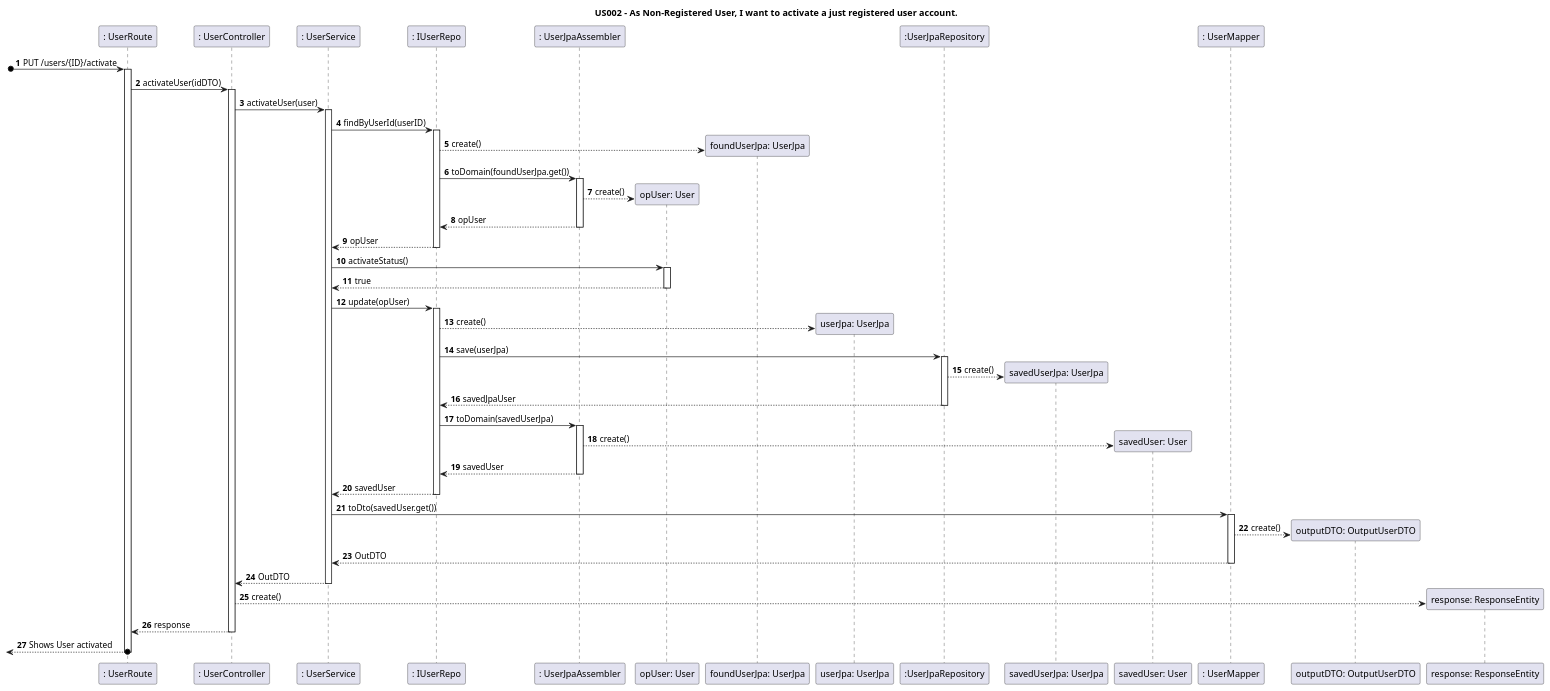
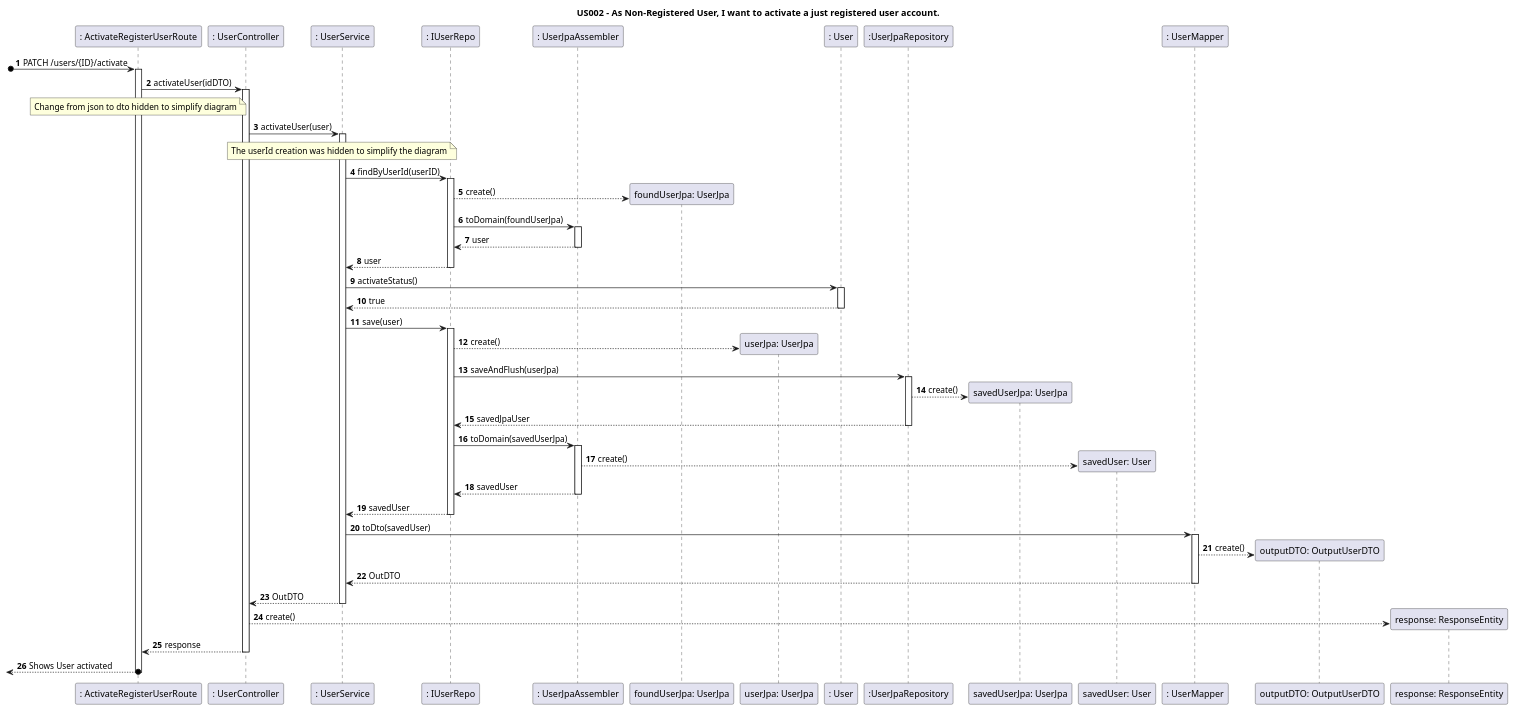
Before and after one commit to nunogon1211787/projectManagement: the diagram in docs/Sprint1/US002/US002-SD.puml, drawn with PlantUML. The commit also changed 23 other files, not shown here.

```diff
--- a/docs/Sprint1/US002/US002-SD.puml
+++ b/docs/Sprint1/US002/US002-SD.puml
@@ -1,53 +1,54 @@
 @startuml
 
 title US002 - As Non-Registered User, I want to activate a just registered user account.
 
 autoactivate on
 autonumber
 
-participant ": UserRoute" as UI
+participant ": ActivateRegisterUserRoute" as UI
 participant ": UserController" as Ctrl
 participant ": UserService" as Serv
 participant ": IUserRepo" as Repo
 participant ": UserJpaAssembler" as Assembler
-participant "opUser: User" as Optional
 participant "foundUserJpa: UserJpa" as FoundUser
 participant "userJpa: UserJpa" as UserJPA
+participant ": User" as user
 participant ":UserJpaRepository" as Driver
 participant "savedUserJpa: UserJpa" as SavedJpa
 participant "savedUser: User" as SavedUser
 participant ": UserMapper" as mapper
 participant "outputDTO: OutputUserDTO" as OutDTO
 participant "response: ResponseEntity" as json
 
-[o-> UI:  PUT /users/{ID}/activate
+[o-> UI:  PATCH /users/{ID}/activate
 UI -> Ctrl: activateUser(idDTO)
+note over UI: Change from json to dto hidden to simplify diagram
 Ctrl -> Serv: activateUser(user)
+note over Serv: The userId creation was hidden to simplify the diagram
 Serv -> Repo: findByUserId(userID)
 Repo --> FoundUser**: create()
-Repo -> Assembler: toDomain(foundUserJpa.get())
-Assembler --> Optional**: create()
-return opUser
-return opUser
-Serv -> Optional: activateStatus()
+Repo -> Assembler: toDomain(foundUserJpa)
+return user
+return user
+Serv -> user: activateStatus()
 return true
-Serv -> Repo: update(opUser)
+Serv -> Repo: save(user)
 Repo --> UserJPA**: create()
-Repo -> Driver: save(userJpa)
+Repo -> Driver: saveAndFlush(userJpa)
 Driver --> SavedJpa**: create()
 return savedJpaUser
 Repo -> Assembler: toDomain(savedUserJpa)
 Assembler --> SavedUser**: create()
 return savedUser
 return savedUser
-Serv -> mapper: toDto(savedUser.get())
+Serv -> mapper: toDto(savedUser)
 mapper --> OutDTO**: create()
 return OutDTO
 return OutDTO
 Ctrl --> json**: create()
 return response
 return Shows User activated
 
 
 
 @enduml
```
